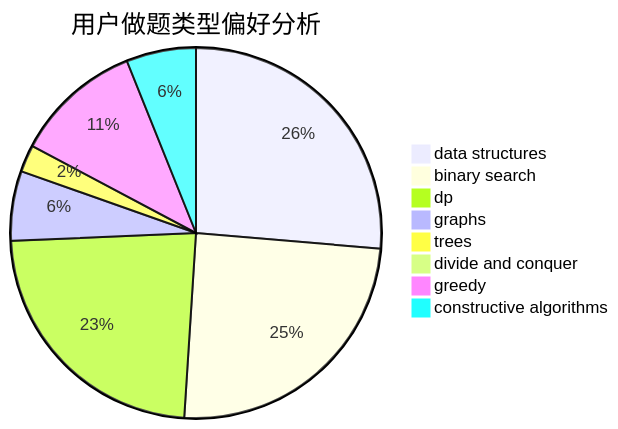
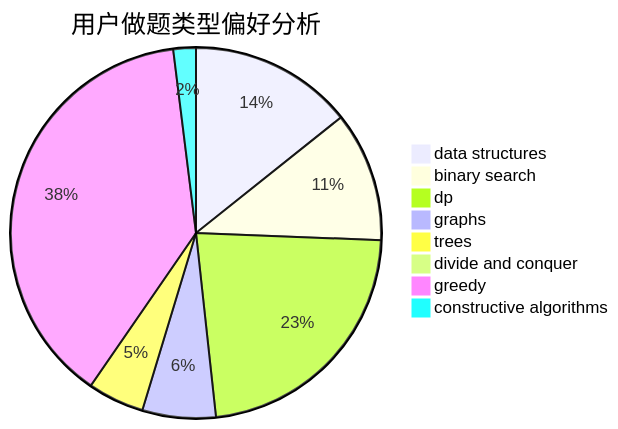
The second of 3 diagrams in docs/user/u918.md (sherpahu/cfrs.github.io), drawn with Mermaid before and after one commit. The commit also changed other lines of this file and 2770 other files, not shown here.

````diff
--- a/docs/user/u918.md
+++ b/docs/user/u918.md
@@ -23,11 +23,11 @@
 ```mermaid
 pie title 用户做题类型偏好分析
-    "data structures" :  78
-    "binary search" :  73
-    "dp" :  69
-    "graphs" :  18
-    "trees" :  7
-    "divide and conquer" :  0
-    "greedy" :  33
-    "constructive algorithms" :  18
+    "data structures" :  29
+    "binary search" :  23
+    "dp" :  46
+    "graphs" :  13
+    "trees" :  10
+    "divide and conquer" :  1
+    "greedy" :  78
+    "constructive algorithms" :  4
 ```
````
